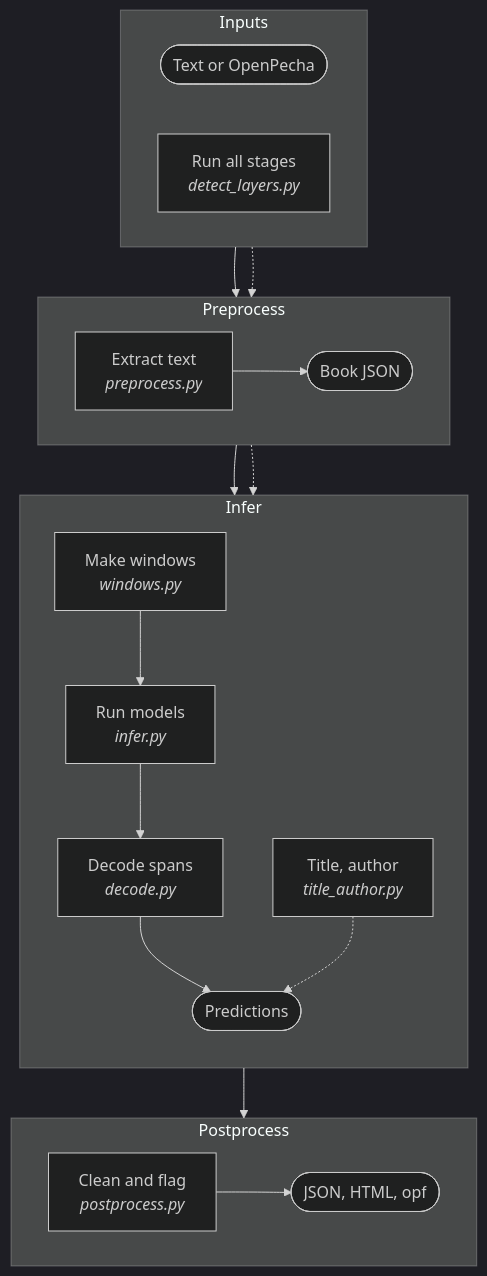
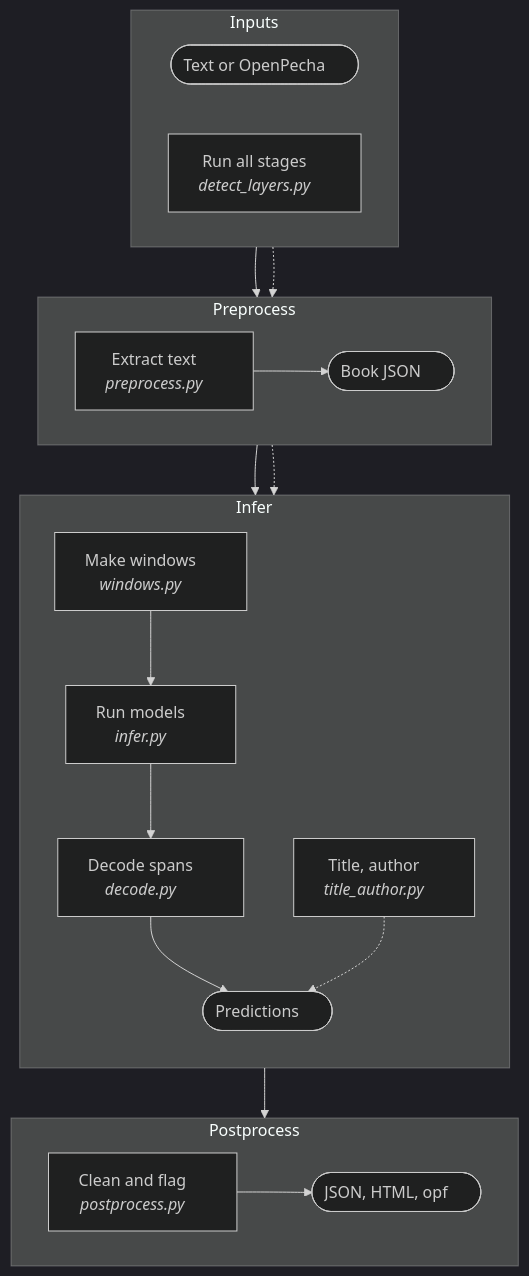
Before and after one commit to tenzinyonten/tibetan-layer-detection: the diagram in detect/README.md, drawn with Mermaid (dark theme). The commit also changed 8 other files, not shown here.

Commit message:
Add padding to flowchart labels so GitHub does not clip them

````diff
--- a/detect/README.md
+++ b/detect/README.md
@@ -37,28 +37,28 @@
 ```mermaid
 flowchart TD
-  subgraph IN["Inputs"]
+  subgraph IN["Inputs&nbsp;&nbsp;&nbsp;&nbsp;&nbsp;"]
     direction LR
-    F1(["Text or OpenPecha"])
-    S0["Run all stages<br/><i>detect_layers.py</i>"]
+    F1(["Text or OpenPecha&nbsp;&nbsp;&nbsp;&nbsp;&nbsp;"])
+    S0["Run all stages&nbsp;&nbsp;&nbsp;&nbsp;&nbsp;<br/><i>detect_layers.py&nbsp;&nbsp;&nbsp;&nbsp;&nbsp;</i>"]
   end
-  subgraph PRE["Preprocess"]
+  subgraph PRE["Preprocess&nbsp;&nbsp;&nbsp;&nbsp;&nbsp;"]
     direction LR
-    S1["Extract text<br/><i>preprocess.py</i>"] --> F2(["Book JSON"])
+    S1["Extract text&nbsp;&nbsp;&nbsp;&nbsp;&nbsp;<br/><i>preprocess.py&nbsp;&nbsp;&nbsp;&nbsp;&nbsp;</i>"] --> F2(["Book JSON&nbsp;&nbsp;&nbsp;&nbsp;&nbsp;"])
   end
-  subgraph INF["Infer"]
+  subgraph INF["Infer&nbsp;&nbsp;&nbsp;&nbsp;&nbsp;"]
     direction TB
-    W["Make windows<br/><i>windows.py</i>"] --> M["Run models<br/><i>infer.py</i>"]
-    M --> D["Decode spans<br/><i>decode.py</i>"]
-    D --> F3(["Predictions"])
-    T["Title, author<br/><i>title_author.py</i>"] -.-> F3
+    W["Make windows&nbsp;&nbsp;&nbsp;&nbsp;&nbsp;<br/><i>windows.py&nbsp;&nbsp;&nbsp;&nbsp;&nbsp;</i>"] --> M["Run models&nbsp;&nbsp;&nbsp;&nbsp;&nbsp;<br/><i>infer.py&nbsp;&nbsp;&nbsp;&nbsp;&nbsp;</i>"]
+    M --> D["Decode spans&nbsp;&nbsp;&nbsp;&nbsp;&nbsp;<br/><i>decode.py&nbsp;&nbsp;&nbsp;&nbsp;&nbsp;</i>"]
+    D --> F3(["Predictions&nbsp;&nbsp;&nbsp;&nbsp;&nbsp;"])
+    T["Title, author&nbsp;&nbsp;&nbsp;&nbsp;&nbsp;<br/><i>title_author.py&nbsp;&nbsp;&nbsp;&nbsp;&nbsp;</i>"] -.-> F3
   end
-  subgraph POST["Postprocess"]
+  subgraph POST["Postprocess&nbsp;&nbsp;&nbsp;&nbsp;&nbsp;"]
     direction LR
-    P1["Clean and flag<br/><i>postprocess.py</i>"] --> F4(["JSON, HTML, opf"])
+    P1["Clean and flag&nbsp;&nbsp;&nbsp;&nbsp;&nbsp;<br/><i>postprocess.py&nbsp;&nbsp;&nbsp;&nbsp;&nbsp;</i>"] --> F4(["JSON, HTML, opf&nbsp;&nbsp;&nbsp;&nbsp;&nbsp;"])
   end
   F1 --> S1
   S0 -.-> S1
   F2 --> W
   F2 -.-> T
   F3 --> P1
 ```
````
